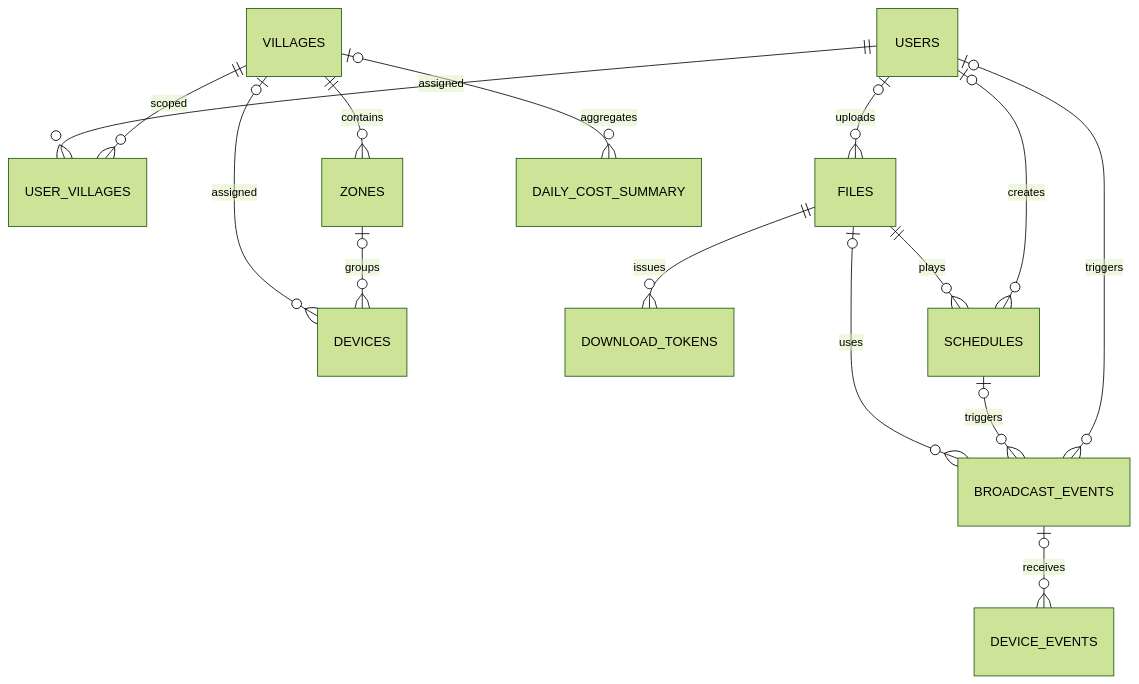
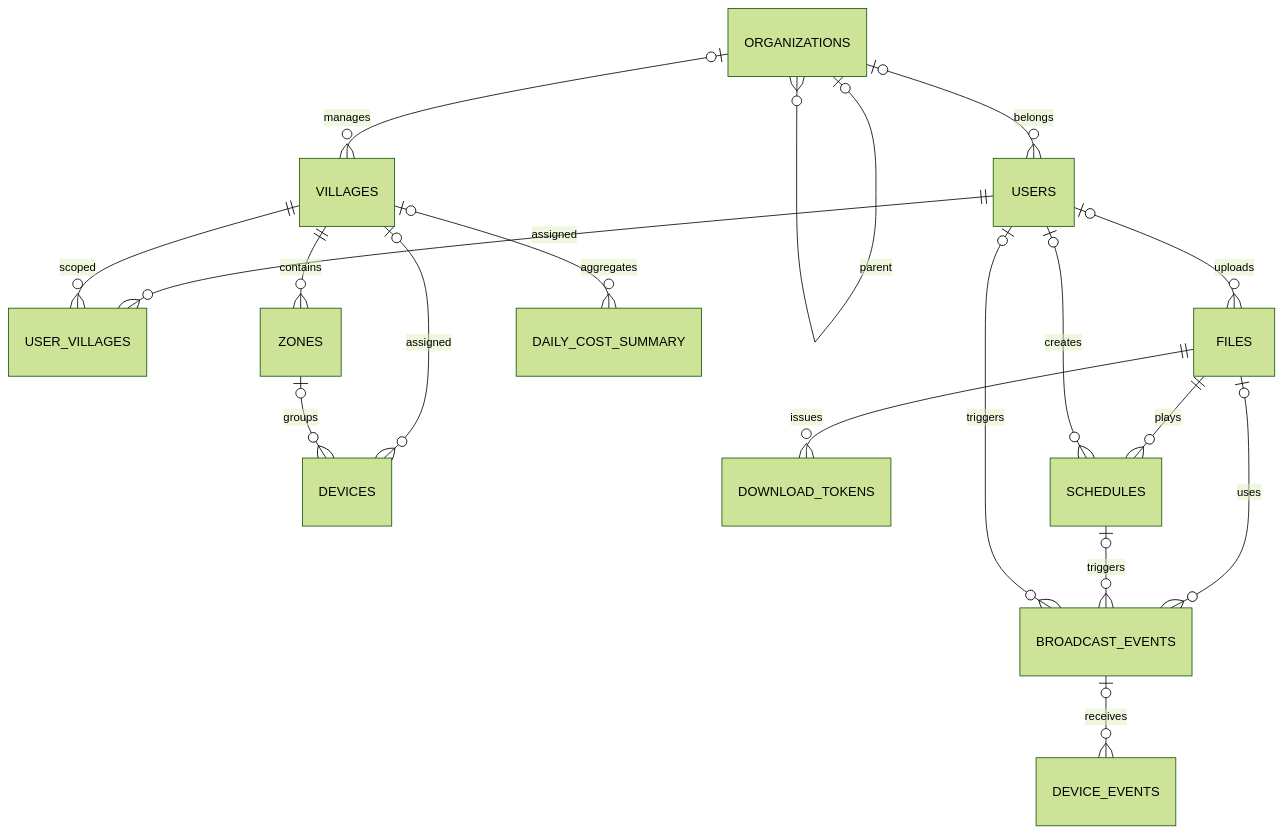
The diagram in docs/current/04_데이터_모델.md (masterjms/hanna_aircast_platform), drawn with Mermaid (forest theme) before and after one commit. The commit also changed other lines of this file and 37 other files, not shown here.

````diff
--- a/docs/current/04_데이터_모델.md
+++ b/docs/current/04_데이터_모델.md
@@ -28,17 +28,20 @@
 ```mermaid
 erDiagram
+    ORGANIZATIONS o|--o{ ORGANIZATIONS : parent
+    ORGANIZATIONS o|--o{ VILLAGES : manages
+    ORGANIZATIONS o|--o{ USERS : belongs
     USERS ||--o{ USER_VILLAGES : assigned
     VILLAGES ||--o{ USER_VILLAGES : scoped
     VILLAGES ||--o{ ZONES : contains
     VILLAGES o|--o{ DEVICES : assigned
     ZONES o|--o{ DEVICES : groups
     USERS o|--o{ FILES : uploads
     FILES ||--o{ DOWNLOAD_TOKENS : issues
     FILES ||--o{ SCHEDULES : plays
     USERS o|--o{ SCHEDULES : creates
     FILES o|--o{ BROADCAST_EVENTS : uses
     SCHEDULES o|--o{ BROADCAST_EVENTS : triggers
     USERS o|--o{ BROADCAST_EVENTS : triggers
     BROADCAST_EVENTS o|--o{ DEVICE_EVENTS : receives
     VILLAGES o|--o{ DAILY_COST_SUMMARY : aggregates
 ```
````
